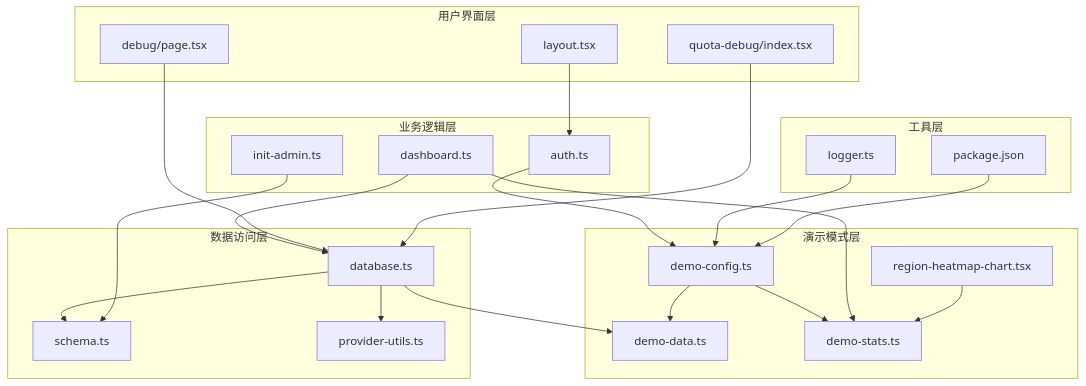
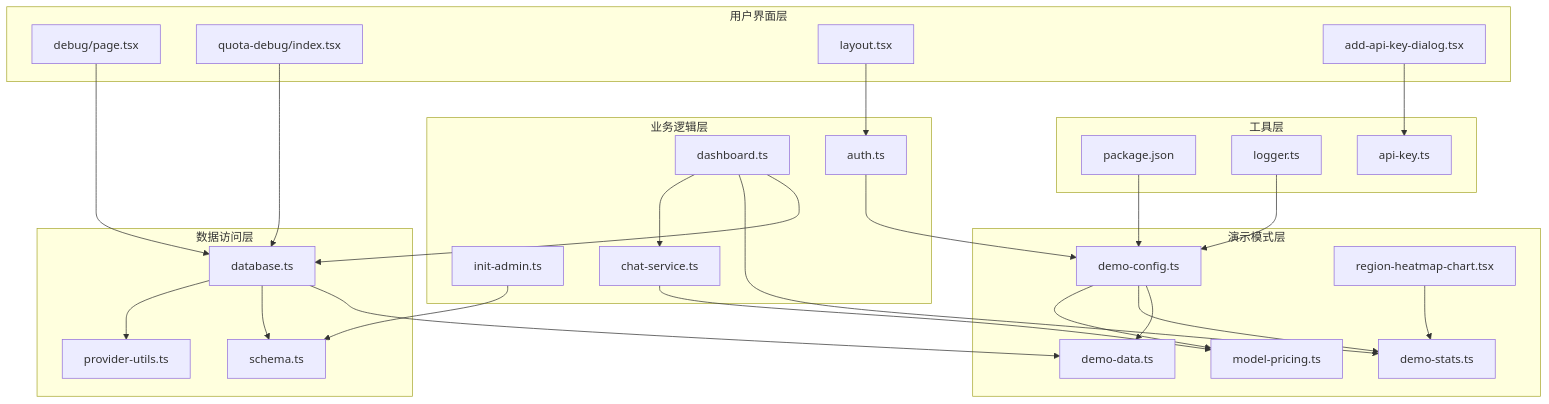
Diagram 11 of 11 in .qoder/repowiki/zh/content/核心功能/演示模式系统.md (RadiumAg/AIGate), drawn with Mermaid before and after one commit. The commit also changed other lines of this file and 7 other files, not shown here.

````diff
--- a/.qoder/repowiki/zh/content/核心功能/演示模式系统.md
+++ b/.qoder/repowiki/zh/content/核心功能/演示模式系统.md
@@ -533,43 +647,51 @@
 ```mermaid
 graph TB
 subgraph "演示模式层"
 DC[demo-config.ts]
 DD[demo-data.ts]
 DS[demo-stats.ts]
 RHC[region-heatmap-chart.tsx]
+MP[model-pricing.ts]
 end
 subgraph "数据访问层"
 DB[database.ts]
 SC[schema.ts]
 PU[provider-utils.ts]
 end
 subgraph "业务逻辑层"
 DR[dashboard.ts]
 AU[auth.ts]
 IL[init-admin.ts]
+CS[chat-service.ts]
 end
 subgraph "用户界面层"
 DP[debug/page.tsx]
 QD[quota-debug/index.tsx]
 LYT[layout.tsx]
+AKD[add-api-key-dialog.tsx]
 end
 subgraph "工具层"
 PKG[package.json]
 LG[logger.ts]
+TK[api-key.ts]
 end
 DC --> DD
 DC --> DS
+DC --> MP
 DB --> DD
 DB --> SC
 DB --> PU
 DR --> DB
 DR --> DS
+DR --> CS
 AU --> DC
 IL --> SC
 DP --> DB
 QD --> DB
+CS --> MP
+AKD --> TK
 LYT --> AU
 LG --> DC
 RHC --> DS
 PKG --> DC
 ```
````
